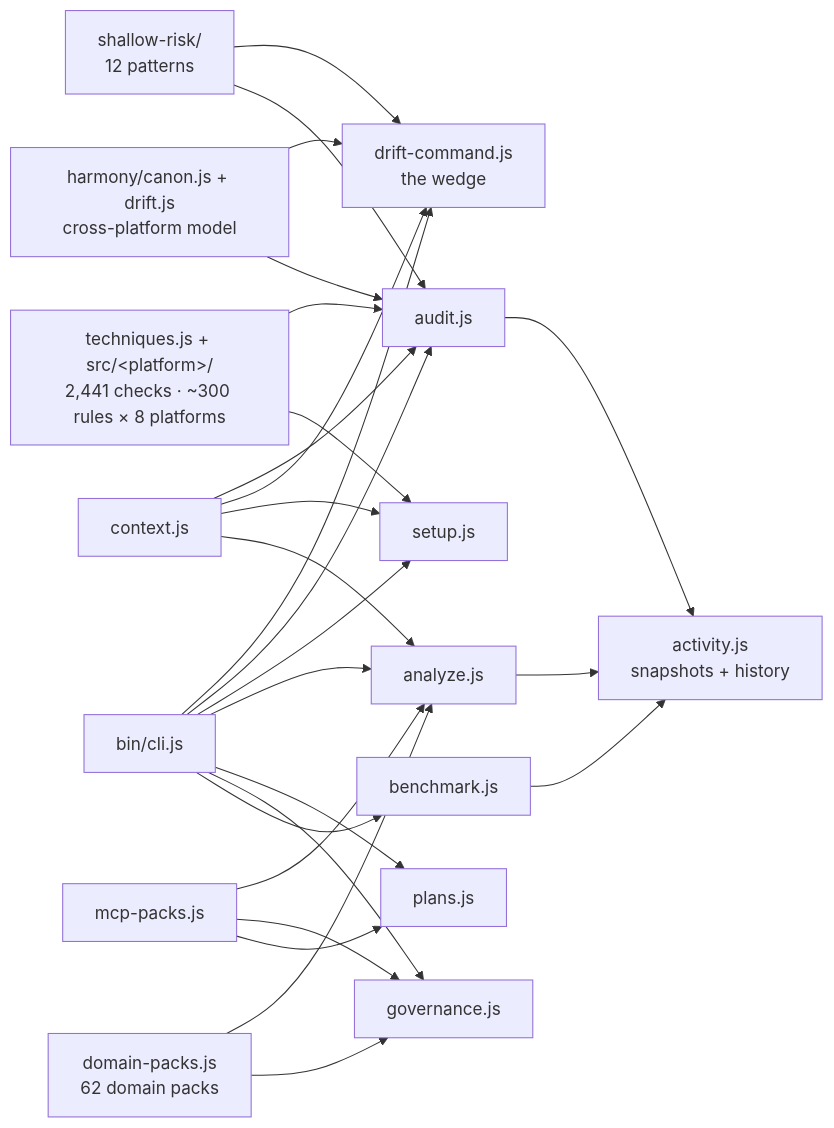
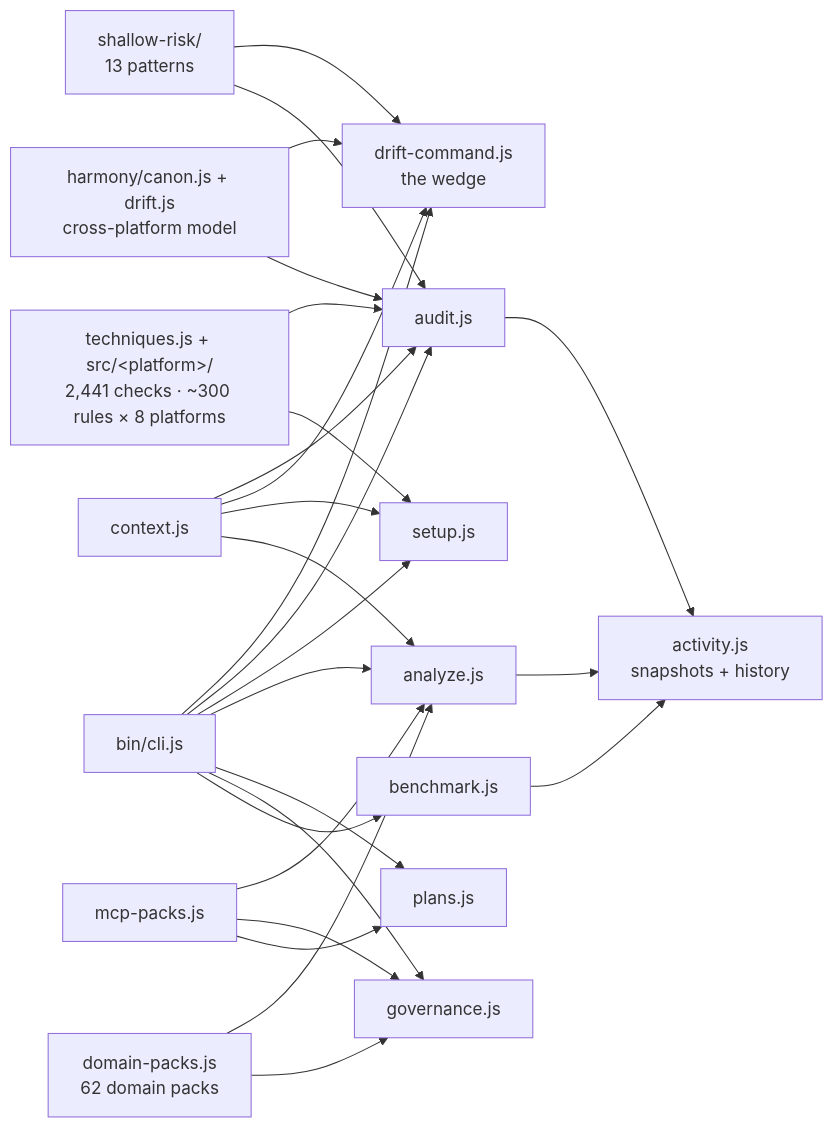
Before and after one commit to nerviq/nerviq: the diagram in docs/ARCHITECTURE.md, drawn with Mermaid. The commit also changed other lines of this file and 14 other files, not shown here.

````diff
--- a/docs/ARCHITECTURE.md
+++ b/docs/ARCHITECTURE.md
@@ -9,34 +9,34 @@
 ```mermaid
 graph LR
     CLI[bin/cli.js] --> Drift[drift-command.js<br/>the wedge]
     CLI --> Audit[audit.js]
     CLI --> Setup[setup.js]
     CLI --> Analyze[analyze.js]
     CLI --> Plans[plans.js]
     CLI --> Gov[governance.js]
     CLI --> Bench[benchmark.js]
 
     Context[context.js] --> Audit
     Context --> Drift
     Context --> Setup
     Context --> Analyze
 
     Techniques["techniques.js + src/&lt;platform&gt;/<br/>2,441 checks · ~300 rules × 8 platforms"] --> Audit
     Techniques --> Setup
 
-    ShallowRisk["shallow-risk/<br/>12 patterns"] --> Drift
+    ShallowRisk["shallow-risk/<br/>13 patterns"] --> Drift
     ShallowRisk --> Audit
     Harmony["harmony/canon.js + drift.js<br/>cross-platform model"] --> Drift
     Harmony --> Audit
 
     DomainPacks[domain-packs.js<br/>62 domain packs] --> Analyze
     DomainPacks --> Gov
 
     McpPacks[mcp-packs.js] --> Analyze
     McpPacks --> Gov
     McpPacks --> Plans
 
     Audit --> Activity[activity.js<br/>snapshots + history]
     Bench --> Activity
     Analyze --> Activity
 ```
````
